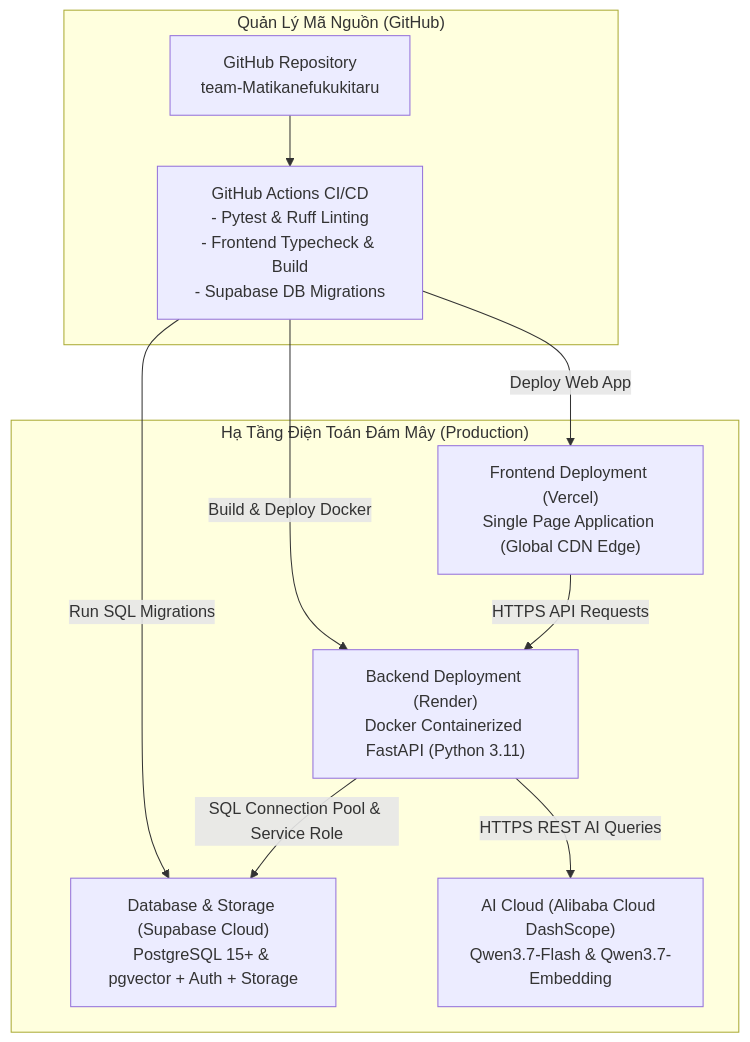
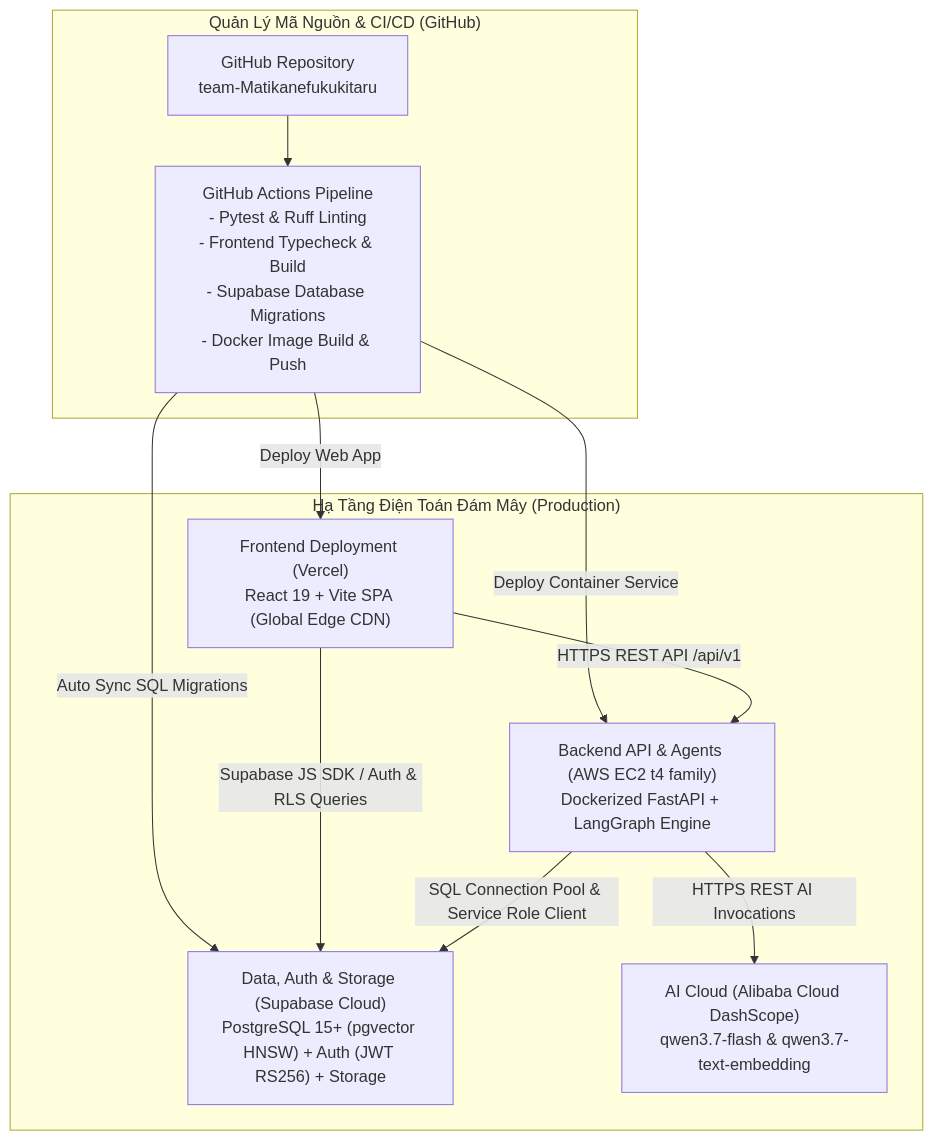
Before and after one commit to linhnguyenviet030704-oss/T099: diagram 13 of 13 in reports/bao_cao_phan_tich_thiet_ke_he_thong.md, drawn with Mermaid. The commit also changed other lines of this file and 11 other files, not shown here.

First line of the commit message:
feat: cập nhật số liệu landing page động và cấu hình CI/CD deploy ECR lên EC2

````diff
--- a/reports/bao_cao_phan_tich_thiet_ke_he_thong.md
+++ b/reports/bao_cao_phan_tich_thiet_ke_he_thong.md
@@ -1043,23 +1043,24 @@
 ```mermaid
 graph TB
-    subgraph VCS ["Quản Lý Mã Nguồn (GitHub)"]
+    subgraph VCS ["Quản Lý Mã Nguồn & CI/CD (GitHub)"]
         Repo["GitHub Repository<br/>team-Matikanefukukitaru"]
-        Actions["GitHub Actions CI/CD<br/>- Pytest & Ruff Linting<br/>- Frontend Typecheck & Build<br/>- Supabase DB Migrations"]
+        Actions["GitHub Actions Pipeline<br/>- Pytest & Ruff Linting<br/>- Frontend Typecheck & Build<br/>- Supabase Database Migrations<br/>- Docker Image Build & Push"]
     end
 
     subgraph ProductionInfra ["Hạ Tầng Điện Toán Đám Mây (Production)"]
-        Vercel["Frontend Deployment (Vercel)<br/>Single Page Application (Global CDN Edge)"]
-        Render["Backend Deployment (Render)<br/>Docker Containerized FastAPI (Python 3.11)"]
-        SupabaseCloud["Database & Storage (Supabase Cloud)<br/>PostgreSQL 15+ & pgvector + Auth + Storage"]
-        DashScopeCloud["AI Cloud (Alibaba Cloud DashScope)<br/>Qwen3.7-Flash & Qwen3.7-Embedding"]
+        Vercel["Frontend Deployment (Vercel)<br/>React 19 + Vite SPA (Global Edge CDN)"]
+        EC2["Backend API & Agents (AWS EC2 t4 family)<br/>Dockerized FastAPI + LangGraph Engine"]
+        SupabaseCloud["Data, Auth & Storage (Supabase Cloud)<br/>PostgreSQL 15+ (pgvector HNSW) + Auth (JWT RS256) + Storage"]
+        DashScopeCloud["AI Cloud (Alibaba Cloud DashScope)<br/>qwen3.7-flash & qwen3.7-text-embedding"]
     end
 
     Repo --> Actions
     Actions -->|Deploy Web App| Vercel
-    Actions -->|Build & Deploy Docker| Render
-    Actions -->|Run SQL Migrations| SupabaseCloud
+    Actions -->|Deploy Container Service| EC2
+    Actions -->|Auto Sync SQL Migrations| SupabaseCloud
     
-    Vercel -->|HTTPS API Requests| Render
-    Render -->|SQL Connection Pool & Service Role| SupabaseCloud
-    Render -->|HTTPS REST AI Queries| DashScopeCloud
+    Vercel -->|HTTPS REST API /api/v1| EC2
+    Vercel -->|Supabase JS SDK / Auth & RLS Queries| SupabaseCloud
+    EC2 -->|SQL Connection Pool & Service Role Client| SupabaseCloud
+    EC2 -->|HTTPS REST AI Invocations| DashScopeCloud
 ```
````
